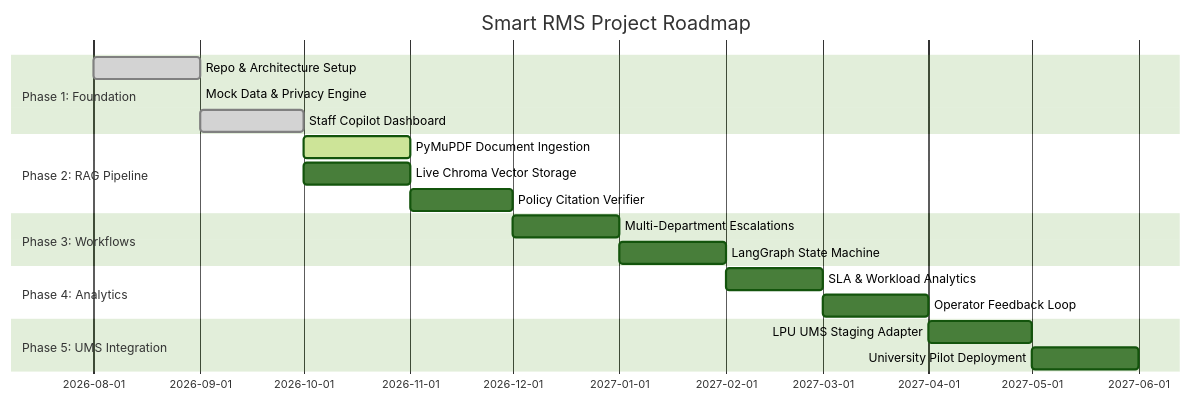
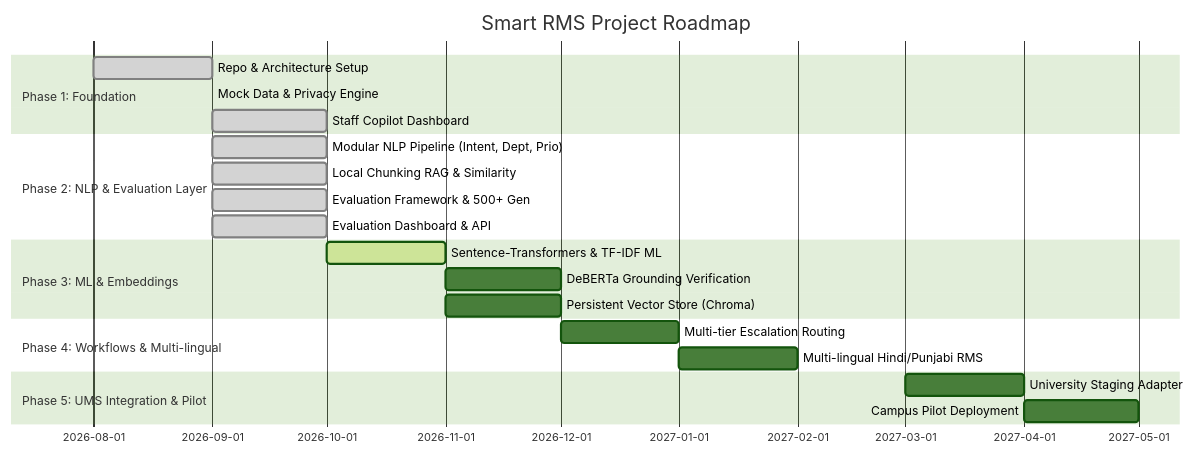
Before and after one commit to harshilsetty/Smart-RMS: the diagram in docs/product/roadmap.md, drawn with Mermaid (forest theme). The commit also changed other lines of this file and 56 other files, not shown here.

````diff
--- a/docs/product/roadmap.md
+++ b/docs/product/roadmap.md
@@ -5,22 +5,24 @@
 ```mermaid
 gantt
     title Smart RMS Project Roadmap
     dateFormat  YYYY-MM
     section Phase 1: Foundation
     Repo & Architecture Setup        :done, p1a, 2026-08, 2026-09
-    Mock Data & Privacy Engine      :done, p1b, 2026-09, 2026-09
+    Mock Data & Privacy Engine       :done, p1b, 2026-09, 2026-09
     Staff Copilot Dashboard          :done, p1c, 2026-09, 2026-10
-    section Phase 2: RAG Pipeline
-    PyMuPDF Document Ingestion       :active, p2a, 2026-10, 2026-11
-    Live Chroma Vector Storage       :p2b, 2026-10, 2026-11
-    Policy Citation Verifier         :p2c, 2026-11, 2026-12
-    section Phase 3: Workflows
-    Multi-Department Escalations     :p3a, 2026-12, 2027-01
-    LangGraph State Machine          :p3b, 2027-01, 2027-02
-    section Phase 4: Analytics
-    SLA & Workload Analytics         :p4a, 2027-02, 2027-03
-    Operator Feedback Loop           :p4b, 2027-03, 2027-04
-    section Phase 5: UMS Integration
-    LPU UMS Staging Adapter          :p5a, 2027-04, 2027-05
-    University Pilot Deployment      :p5b, 2027-05, 2027-06
+    section Phase 2: NLP & Evaluation Layer
+    Modular NLP Pipeline (Intent, Dept, Prio) :done, p2a, 2026-09, 2026-10
+    Local Chunking RAG & Similarity :done, p2b, 2026-09, 2026-10
+    Evaluation Framework & 500+ Gen  :done, p2c, 2026-09, 2026-10
+    Evaluation Dashboard & API       :done, p2d, 2026-09, 2026-10
+    section Phase 3: ML & Embeddings
+    Sentence-Transformers & TF-IDF ML :active, p3a, 2026-10, 2026-11
+    DeBERTa Grounding Verification   :p3b, 2026-11, 2026-12
+    Persistent Vector Store (Chroma) :p3c, 2026-11, 2026-12
+    section Phase 4: Workflows & Multi-lingual
+    Multi-tier Escalation Routing    :p4a, 2026-12, 2027-01
+    Multi-lingual Hindi/Punjabi RMS  :p4b, 2027-01, 2027-02
+    section Phase 5: UMS Integration & Pilot
+    University Staging Adapter       :p5a, 2027-03, 2027-04
+    Campus Pilot Deployment          :p5b, 2027-04, 2027-05
 ```
````
